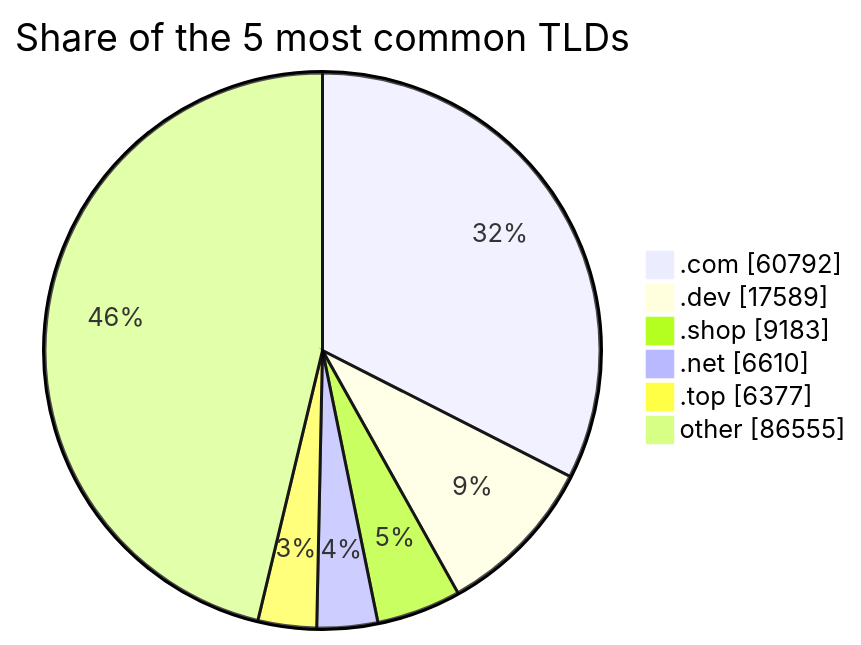
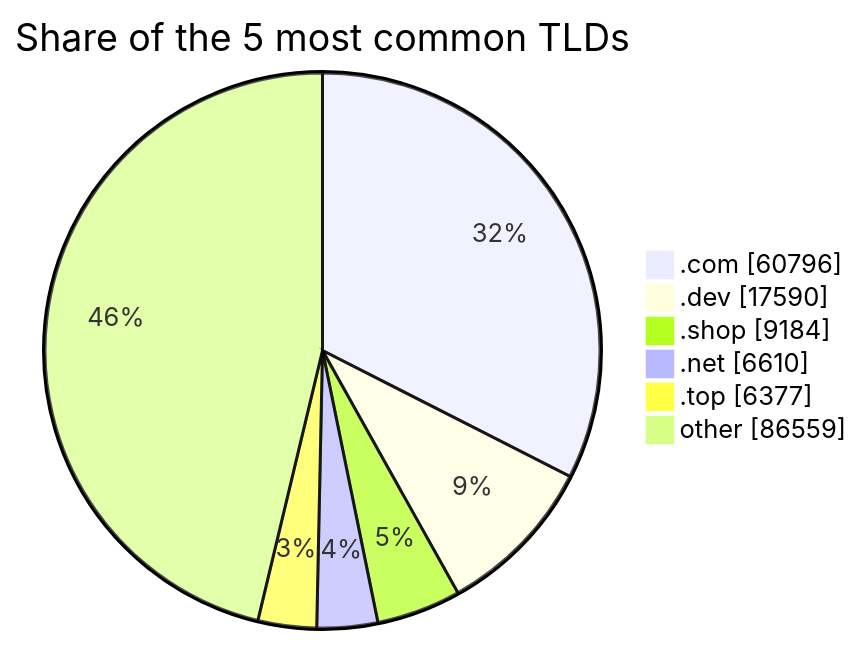
Before and after one commit to DNSBunker/CTI: the third of 3 diagrams in README.md, drawn with Mermaid. The commit also changed other lines of this file and 3 other files, not shown here.

````diff
--- a/README.md
+++ b/README.md
@@ -81,9 +81,9 @@
 ```mermaid
 pie showData title Share of the 5 most common TLDs
-    ".com" : 60792
-    ".dev" : 17589
-    ".shop" : 9183
+    ".com" : 60796
+    ".dev" : 17590
+    ".shop" : 9184
     ".net" : 6610
     ".top" : 6377
-    "other" : 86555
+    "other" : 86559
 ```
````
